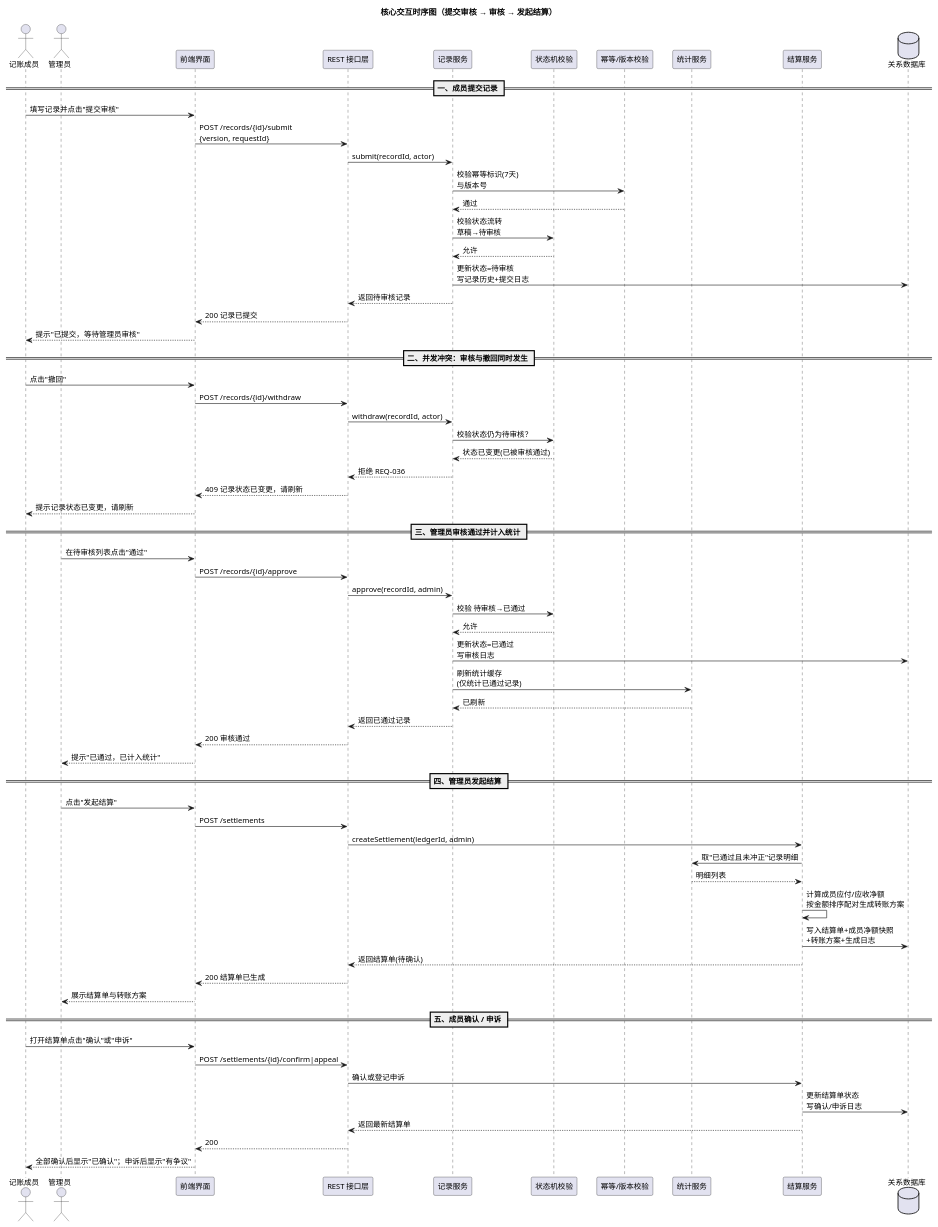
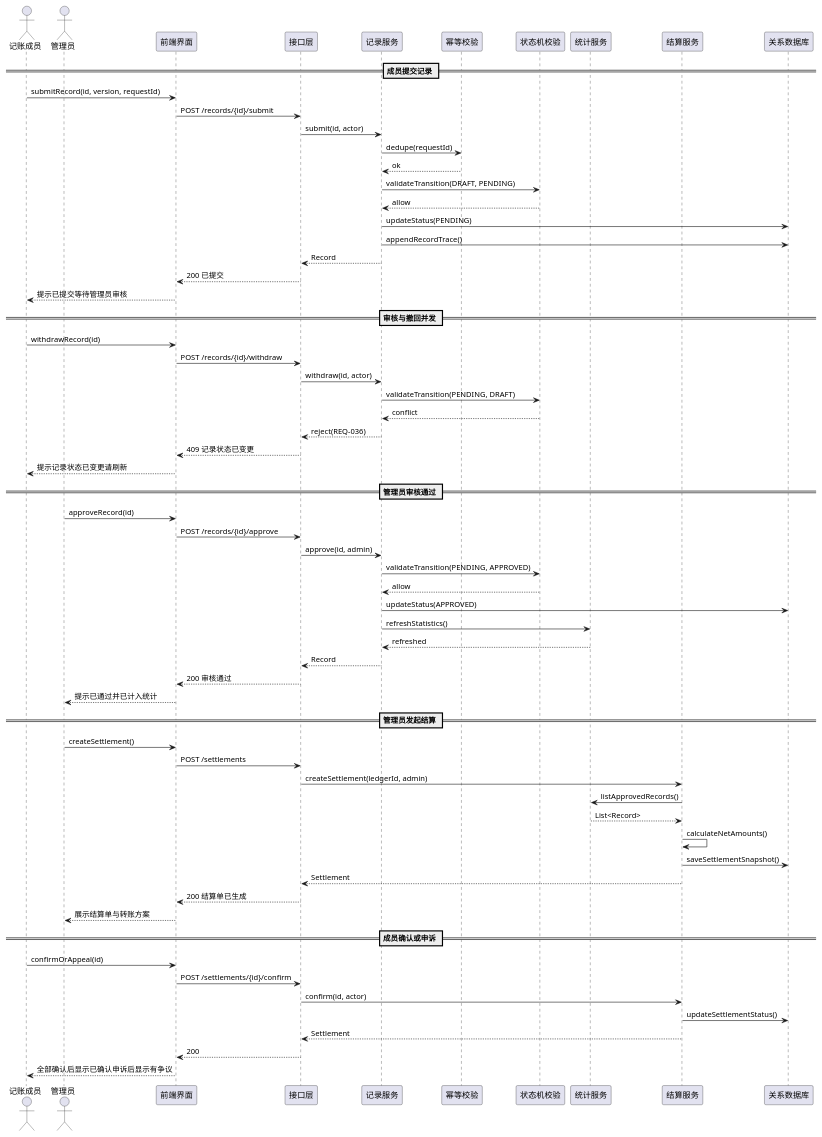
The diagram in lab2/UML/UML时序图.puml (Gingersleaf/SE_lab1), drawn with PlantUML before and after one commit. The commit also changed 9 other files, not shown here.

```diff
--- a/lab2/UML/UML时序图.puml
+++ b/lab2/UML/UML时序图.puml
@@ -1,84 +1,73 @@
-@startuml UML时序图
-'============================================================
-' 多人共享记账系统 —— 核心交互时序图（交互性图）
-' 三段：提交审核 / 冲突拒绝 / 发起结算
-'============================================================
-title 核心交互时序图（提交审核 → 审核 → 发起结算）
+@startuml "时序图 - 多人共享记账系统"
+skinparam defaultFontName "Microsoft YaHei"
 skinparam backgroundColor #FFFFFF
-skinparam defaultFontName "Microsoft YaHei"
-skinparam defaultFontSize 13
-skinparam shadowing false
-skinparam sequenceArrowThickness 1
-skinparam ParticipantPadding 12
-skinparam ParticipantFontSize 13
-skinparam responseMessageBelowArrow true
 
-actor "记账成员" as Member
-actor "管理员" as Admin
-participant "前端界面" as FE
-participant "REST 接口层" as API
+actor 记账成员 as Member
+actor 管理员 as Admin
+participant "前端界面" as UI
+participant "接口层" as API
 participant "记录服务" as RS
+participant "幂等校验" as IG
 participant "状态机校验" as SG
-participant "幂等/版本校验" as GUARD
 participant "统计服务" as SS
 participant "结算服务" as SET
-database "关系数据库" as DB
+participant "关系数据库" as DB
 
-== 一、成员提交记录 ==
-Member -> FE: 填写记录并点击"提交审核"
-FE -> API: POST /records/{id}/submit\n{version, requestId}
-API -> RS: submit(recordId, actor)
-RS -> GUARD: 校验幂等标识(7天)\n与版本号
-GUARD --> RS: 通过
-RS -> SG: 校验状态流转\n草稿→待审核
-SG --> RS: 允许
-RS -> DB: 更新状态=待审核\n写记录历史+提交日志
-RS --> API: 返回待审核记录
-API --> FE: 200 记录已提交
-FE --> Member: 提示"已提交，等待管理员审核"
+== 成员提交记录 ==
+Member -> UI: submitRecord(id, version, requestId)
+UI -> API: POST /records/{id}/submit
+API -> RS: submit(id, actor)
+RS -> IG: dedupe(requestId)
+IG --> RS: ok
+RS -> SG: validateTransition(DRAFT, PENDING)
+SG --> RS: allow
+RS -> DB: updateStatus(PENDING)
+RS -> DB: appendRecordTrace()
+RS --> API: Record
+API --> UI: 200 已提交
+UI --> Member: 提示已提交等待管理员审核
 
-== 二、并发冲突：审核与撤回同时发生 ==
-Member -> FE: 点击"撤回"
-FE -> API: POST /records/{id}/withdraw
-API -> RS: withdraw(recordId, actor)
-RS -> SG: 校验状态仍为待审核？
-SG --> RS: 状态已变更(已被审核通过)
-RS --> API: 拒绝 REQ-036
-API --> FE: 409 记录状态已变更，请刷新
-FE --> Member: 提示记录状态已变更，请刷新
+== 审核与撤回并发 ==
+Member -> UI: withdrawRecord(id)
+UI -> API: POST /records/{id}/withdraw
+API -> RS: withdraw(id, actor)
+RS -> SG: validateTransition(PENDING, DRAFT)
+SG --> RS: conflict
+RS --> API: reject(REQ-036)
+API --> UI: 409 记录状态已变更
+UI --> Member: 提示记录状态已变更请刷新
 
-== 三、管理员审核通过并计入统计 ==
-Admin -> FE: 在待审核列表点击"通过"
-FE -> API: POST /records/{id}/approve
-API -> RS: approve(recordId, admin)
-RS -> SG: 校验 待审核→已通过
-SG --> RS: 允许
-RS -> DB: 更新状态=已通过\n写审核日志
-RS -> SS: 刷新统计缓存\n(仅统计已通过记录)
-SS --> RS: 已刷新
-RS --> API: 返回已通过记录
-API --> FE: 200 审核通过
-FE --> Admin: 提示"已通过，已计入统计"
+== 管理员审核通过 ==
+Admin -> UI: approveRecord(id)
+UI -> API: POST /records/{id}/approve
+API -> RS: approve(id, admin)
+RS -> SG: validateTransition(PENDING, APPROVED)
+SG --> RS: allow
+RS -> DB: updateStatus(APPROVED)
+RS -> SS: refreshStatistics()
+SS --> RS: refreshed
+RS --> API: Record
+API --> UI: 200 审核通过
+UI --> Admin: 提示已通过并已计入统计
 
-== 四、管理员发起结算 ==
-Admin -> FE: 点击"发起结算"
-FE -> API: POST /settlements
+== 管理员发起结算 ==
+Admin -> UI: createSettlement()
+UI -> API: POST /settlements
 API -> SET: createSettlement(ledgerId, admin)
-SET -> SS: 取"已通过且未冲正"记录明细
-SS --> SET: 明细列表
-SET -> SET: 计算成员应付/应收净额\n按金额排序配对生成转账方案
-SET -> DB: 写入结算单+成员净额快照\n+转账方案+生成日志
-SET --> API: 返回结算单(待确认)
-API --> FE: 200 结算单已生成
-FE --> Admin: 展示结算单与转账方案
+SET -> SS: listApprovedRecords()
+SS --> SET: List<Record>
+SET -> SET: calculateNetAmounts()
+SET -> DB: saveSettlementSnapshot()
+SET --> API: Settlement
+API --> UI: 200 结算单已生成
+UI --> Admin: 展示结算单与转账方案
 
-== 五、成员确认 / 申诉 ==
-Member -> FE: 打开结算单点击"确认"或"申诉"
-FE -> API: POST /settlements/{id}/confirm|appeal
-API -> SET: 确认或登记申诉
-SET -> DB: 更新结算单状态\n写确认/申诉日志
-SET --> API: 返回最新结算单
-API --> FE: 200
-FE --> Member: 全部确认后显示"已确认"；申诉后显示"有争议"
-
+== 成员确认或申诉 ==
+Member -> UI: confirmOrAppeal(id)
+UI -> API: POST /settlements/{id}/confirm
+API -> SET: confirm(id, actor)
+SET -> DB: updateSettlementStatus()
+SET --> API: Settlement
+API --> UI: 200
+UI --> Member: 全部确认后显示已确认申诉后显示有争议
 @enduml
```
